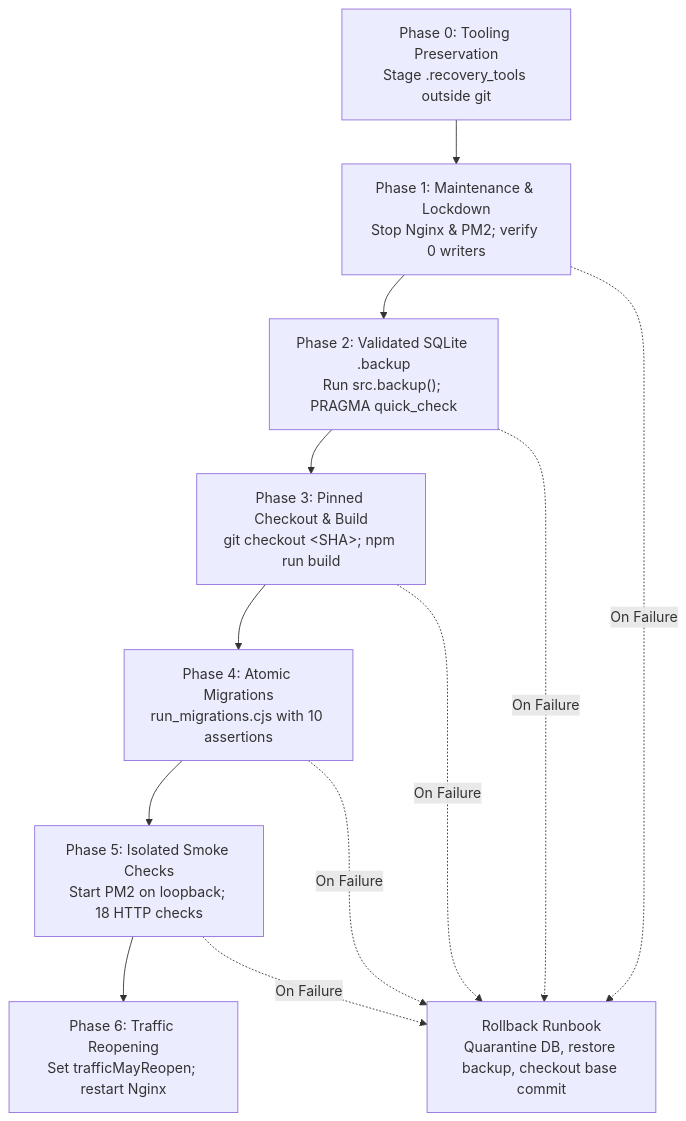
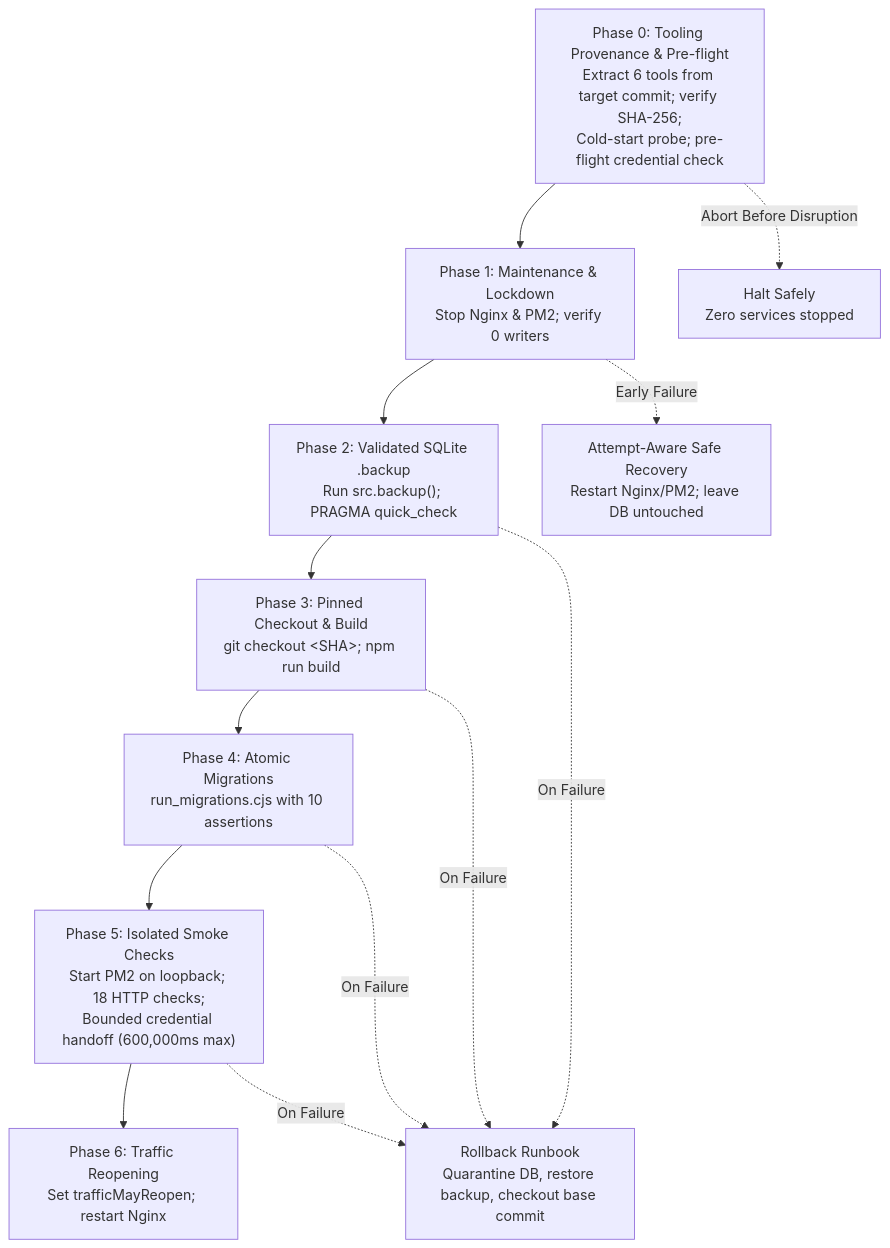
Before and after one commit to abir-ahamed-glitch/bfi-classroom: the diagram in docs/reports/super-admin-deployment-readiness.md, drawn with Mermaid. The commit also changed other lines of this file and 6 other files, not shown here.

````diff
--- a/docs/reports/super-admin-deployment-readiness.md
+++ b/docs/reports/super-admin-deployment-readiness.md
@@ -59,15 +61,16 @@
 ```mermaid
 flowchart TD
-    P0["Phase 0: Tooling Preservation<br/>Stage .recovery_tools outside git"] --> P1["Phase 1: Maintenance & Lockdown<br/>Stop Nginx & PM2; verify 0 writers"]
+    P0["Phase 0: Tooling Provenance & Pre-flight<br/>Extract 6 tools from target commit; verify SHA-256;<br/>Cold-start probe; pre-flight credential check"] --> P1["Phase 1: Maintenance & Lockdown<br/>Stop Nginx & PM2; verify 0 writers"]
     P1 --> P2["Phase 2: Validated SQLite .backup<br/>Run src.backup(); PRAGMA quick_check"]
     P2 --> P3["Phase 3: Pinned Checkout & Build<br/>git checkout &lt;SHA&gt;; npm run build"]
     P3 --> P4["Phase 4: Atomic Migrations<br/>run_migrations.cjs with 10 assertions"]
-    P4 --> P5["Phase 5: Isolated Smoke Checks<br/>Start PM2 on loopback; 18 HTTP checks"]
+    P4 --> P5["Phase 5: Isolated Smoke Checks<br/>Start PM2 on loopback; 18 HTTP checks;<br/>Bounded credential handoff (600,000ms max)"]
     P5 --> P6["Phase 6: Traffic Reopening<br/>Set trafficMayReopen; restart Nginx"]
     
-    P1 -.->|On Failure| R["Rollback Runbook<br/>Quarantine DB, restore backup, checkout base commit"]
-    P2 -.->|On Failure| R
+    P0 -.->|Abort Before Disruption| H["Halt Safely<br/>Zero services stopped"]
+    P1 -.->|Early Failure| R0["Attempt-Aware Safe Recovery<br/>Restart Nginx/PM2; leave DB untouched"]
+    P2 -.->|On Failure| R["Rollback Runbook<br/>Quarantine DB, restore backup, checkout base commit"]
     P3 -.->|On Failure| R
     P4 -.->|On Failure| R
     P5 -.->|On Failure| R
 ```
````
